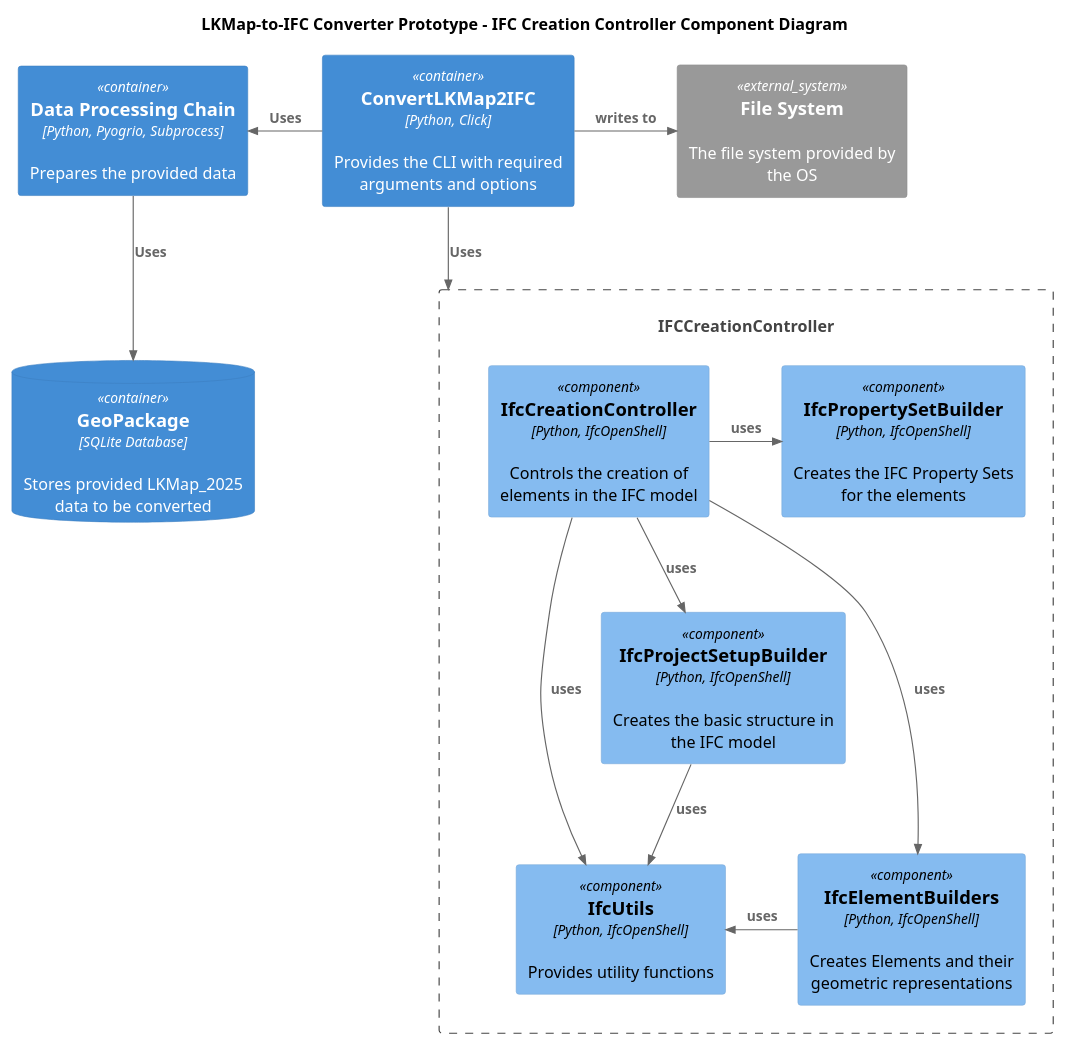
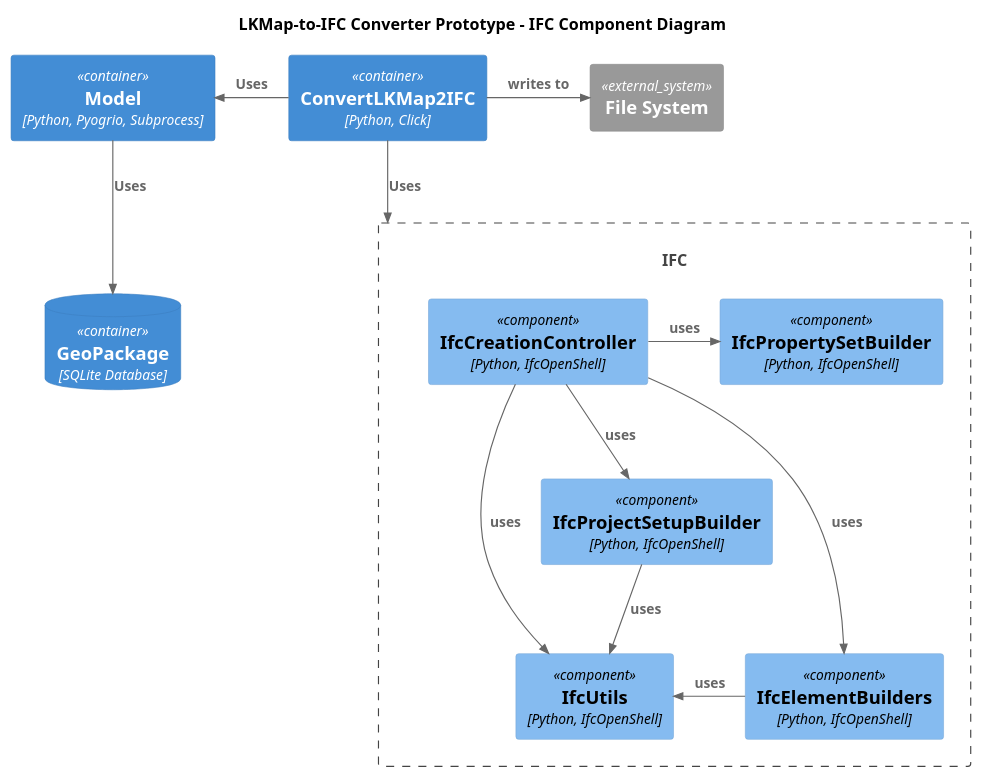
One commit to jmaier241117/LKMap2025_to_IFC_cli changed the diagram in resources/IFCComponentDiagram.puml. Above: the diagram before and after it, drawn with PlantUML. The commit also changed 9 other files, not shown here.

```diff
--- a/resources/IFCComponentDiagram.puml
+++ b/resources/IFCComponentDiagram.puml
@@ -1,32 +1,31 @@
 @startuml
 !include C4_Component.puml
 
-title LKMap-to-IFC Converter Prototype - IFC Creation Controller Component Diagram
+title LKMap-to-IFC Converter Prototype - IFC Component Diagram
 
-Container(cli, "ConvertLKMap2IFC", "Python, Click", "Provides the CLI with required arguments and options")
-Container(modelController, "Data Processing Chain", "Python, Pyogrio, Subprocess", "Prepares the provided data")
-ContainerDb(geoPackage, "GeoPackage", "SQLite Database", "Stores provided 2D data to be converted")
+Container(cli, "ConvertLKMap2IFC", "Python, Click")
+Container(modelController, "Model", "Python, Pyogrio, Subprocess")
 Rel_L(cli, modelController, "Uses")
-Rel(cli, IFCCreationController, "Uses")
+Rel(cli, IFC, "Uses")
 
-Container_Boundary(IFCCreationController, "IFC Creation Controller") {
-    Component(ifcCreationController, "IfcCreationController", "Python, IfcOpenShell", "Controls the creation of elements in the IFC model")
-    Component(ifcElementBuilders, "IfcElementBuilders", "Python, IfcOpenShell", "Creates Elements and their geometric representations")
-    Component(ifcProjectSetupBuilder, "IfcProjectSetupBuilder", "Python, IfcOpenShell", "Creates the basic structure in the IFC model")
-    Component(ifcPropertySetBuilder, "IfcPropertySetBuilder", "Python, IfcOpenShell", "Creates the IFC Property Sets for the elements")
-    Component(ifcUtils, "IfcUtils", "Python, IfcOpenShell", "Provides utility functions")
+Container_Boundary(IFC, "IFC") {
+    Component(ifcCreationController, "IfcCreationController", "Python, IfcOpenShell")
+    Component(ifcElementBuilders, "IfcElementBuilders", "Python, IfcOpenShell")
+    Component(ifcProjectSetupBuilder, "IfcProjectSetupBuilder", "Python, IfcOpenShell")
+    Component(ifcPropertySetBuilder, "IfcPropertySetBuilder", "Python, IfcOpenShell")
+    Component(ifcUtils, "IfcUtils", "Python, IfcOpenShell")
     Rel(ifcCreationController, ifcElementBuilders, "uses")
     Rel(ifcCreationController, ifcProjectSetupBuilder, "uses")
     Rel(ifcCreationController, ifcUtils, "uses")
     Rel_L(ifcElementBuilders, ifcUtils, "uses")
     Rel(ifcProjectSetupBuilder, ifcUtils, "uses")
     Rel_R(ifcCreationController, ifcPropertySetBuilder, "uses")
 }
-System_Ext(filesystem, "File System", "The file system provided by the OS")
-ContainerDb(geoPackage, "GeoPackage", "SQLite Database", "Stores provided LKMap_2025 data to be converted")
+System_Ext(filesystem, "File System")
+ContainerDb(geoPackage, "GeoPackage", "SQLite Database")
 
 Rel(modelController, geoPackage, "Uses")
 Rel_R(cli, filesystem, "writes to")
 
 
 @enduml
```
